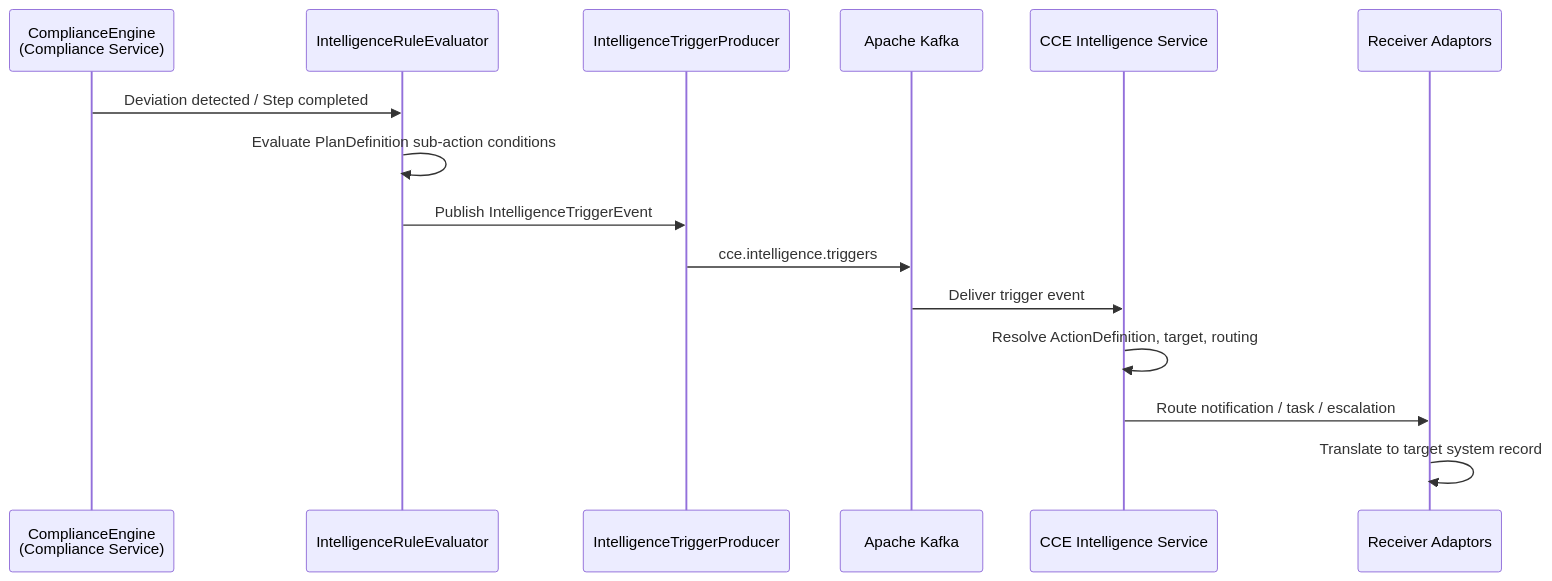
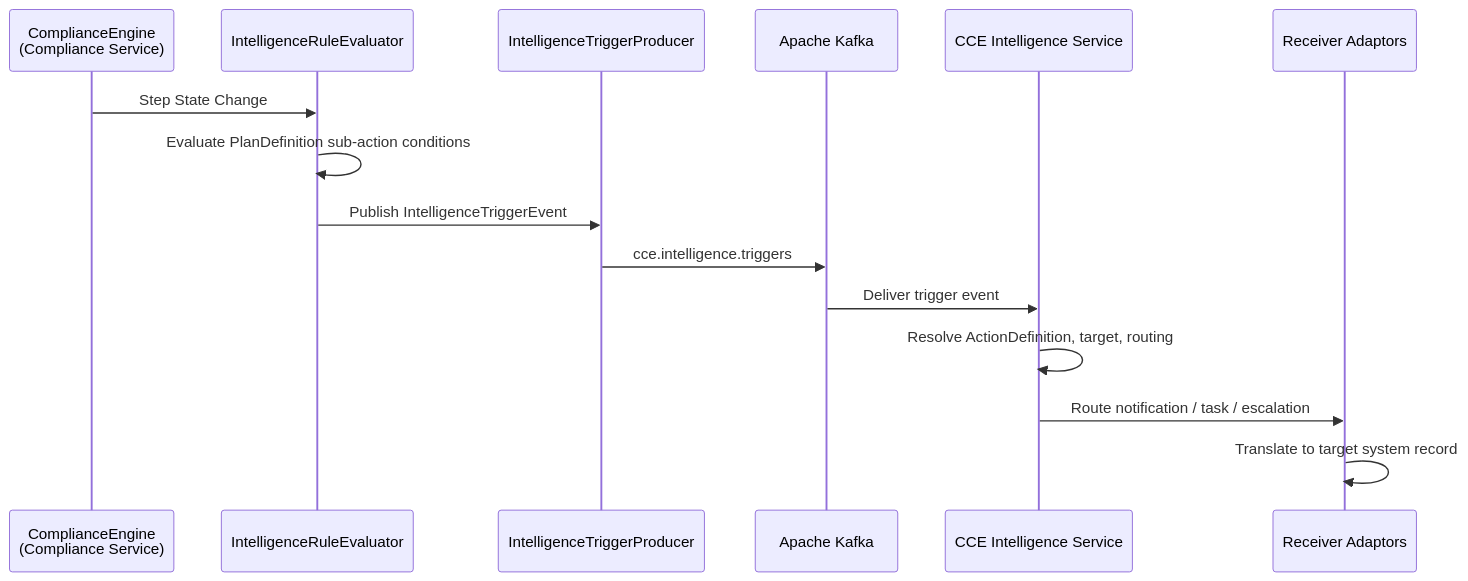
Before and after one commit to Jayaprakash8887/cce-compliance-service: the third of 7 diagrams in docs/architecture-overview.md, drawn with Mermaid. The commit also changed other lines of this file, not shown here.

````diff
--- a/docs/architecture-overview.md
+++ b/docs/architecture-overview.md
@@ -120,18 +120,18 @@
 ```mermaid
 sequenceDiagram
     participant Engine as ComplianceEngine<br/>(Compliance Service)
     participant Evaluator as IntelligenceRuleEvaluator
     participant Producer as IntelligenceTriggerProducer
     participant Kafka as Apache Kafka
     participant Intel as CCE Intelligence Service
     participant Adaptor as Receiver Adaptors
 
-    Engine->>Evaluator: Deviation detected / Step completed
+    Engine->>Evaluator: Step State Change
     Evaluator->>Evaluator: Evaluate PlanDefinition sub-action conditions
     Evaluator->>Producer: Publish IntelligenceTriggerEvent
     Producer->>Kafka: cce.intelligence.triggers
     Kafka->>Intel: Deliver trigger event
     Intel->>Intel: Resolve ActionDefinition, target, routing
     Intel->>Adaptor: Route notification / task / escalation
     Adaptor->>Adaptor: Translate to target system record
 ```
````
